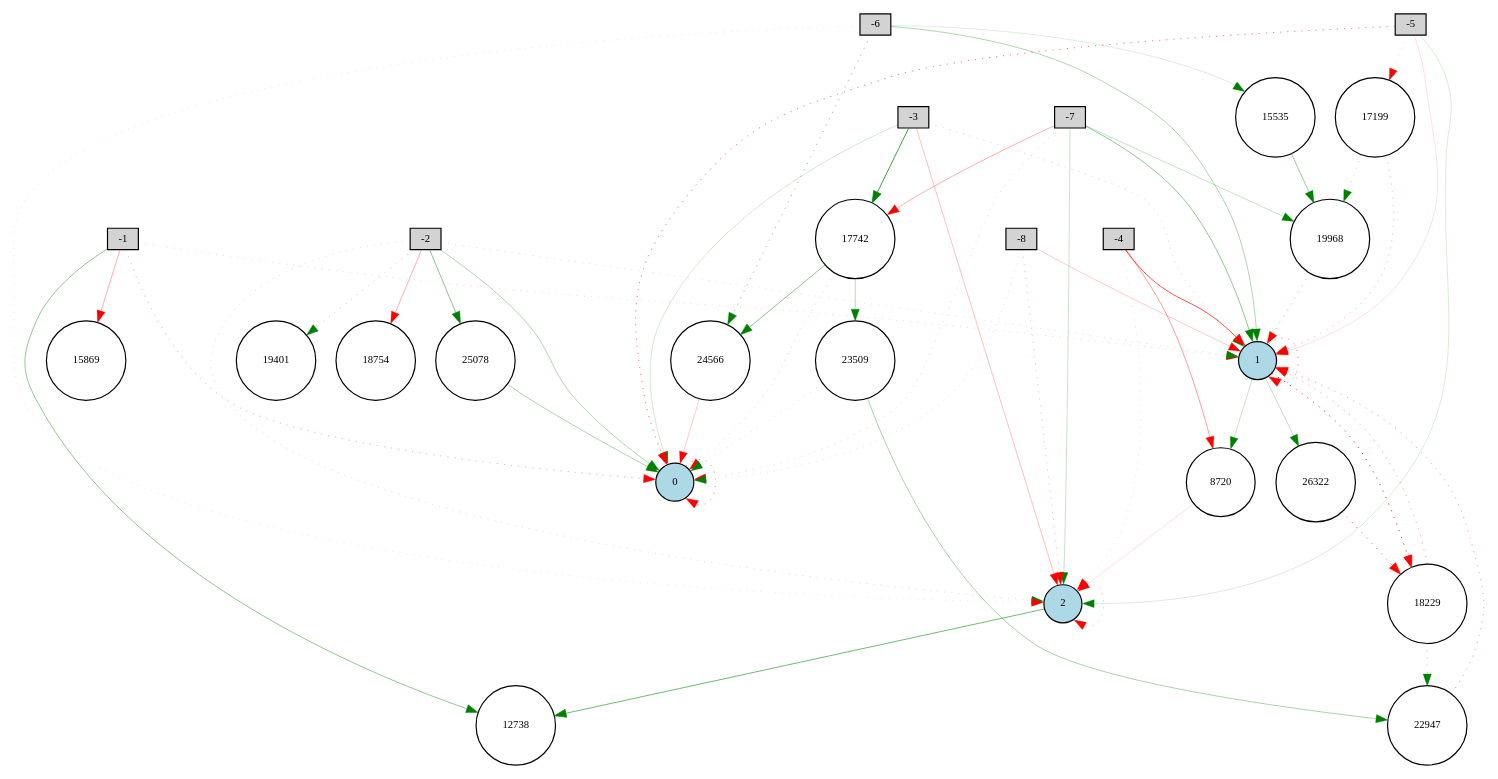
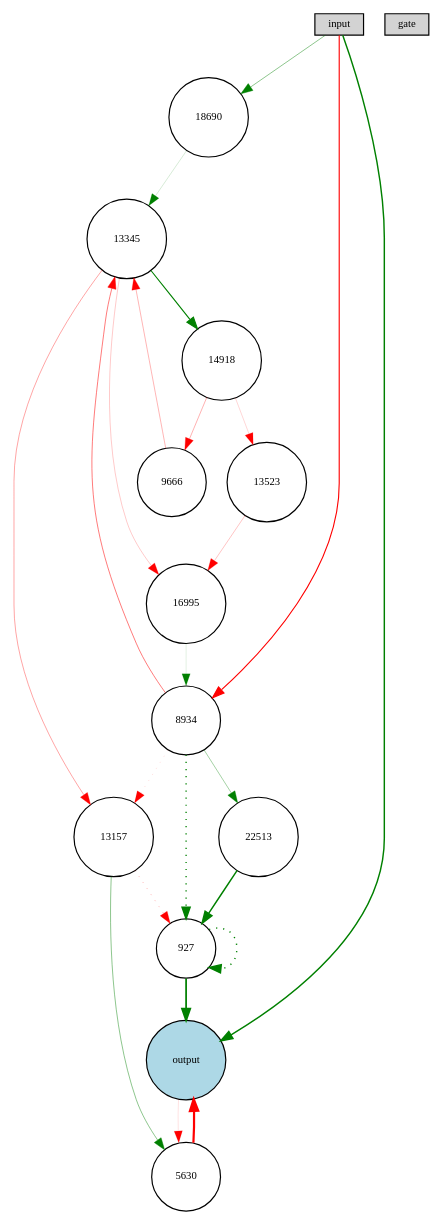
The diagram in Digraph.gv (Aayush499/Neat-Foraging), drawn with Graphviz before and after one commit. The commit also changed 42 other files, not shown here.

```diff
--- a/Digraph.gv
+++ b/Digraph.gv
@@ -1,85 +1,40 @@
 digraph {
 	node [fontsize=9 height=0.2 shape=circle width=0.2]
-	-1 [fillcolor=lightgray shape=box style=filled]
-	-2 [fillcolor=lightgray shape=box style=filled]
-	-3 [fillcolor=lightgray shape=box style=filled]
-	-4 [fillcolor=lightgray shape=box style=filled]
-	-5 [fillcolor=lightgray shape=box style=filled]
-	-6 [fillcolor=lightgray shape=box style=filled]
-	-7 [fillcolor=lightgray shape=box style=filled]
-	-8 [fillcolor=lightgray shape=box style=filled]
-	0 [fillcolor=lightblue style=filled]
-	1 [fillcolor=lightblue style=filled]
-	2 [fillcolor=lightblue style=filled]
-	12738 [fillcolor=white style=filled]
-	18754 [fillcolor=white style=filled]
-	19968 [fillcolor=white style=filled]
-	22947 [fillcolor=white style=filled]
-	19401 [fillcolor=white style=filled]
-	17742 [fillcolor=white style=filled]
-	15535 [fillcolor=white style=filled]
-	8720 [fillcolor=white style=filled]
-	17199 [fillcolor=white style=filled]
-	26322 [fillcolor=white style=filled]
-	18229 [fillcolor=white style=filled]
-	23509 [fillcolor=white style=filled]
-	24566 [fillcolor=white style=filled]
-	25078 [fillcolor=white style=filled]
-	15869 [fillcolor=white style=filled]
-	-1 -> 0 [color=red penwidth=0.30088139808822106 style=dotted]
-	-1 -> 1 [color=red penwidth=0.15373637800648077 style=dotted]
-	-2 -> 0 [color=green penwidth=0.2679136851138607 style=solid]
-	-2 -> 1 [color=green penwidth=0.14212860389267834 style=dotted]
-	-2 -> 2 [color=green penwidth=0.15311526486519084 style=dotted]
-	-3 -> 0 [color=green penwidth=0.1450061108347414 style=solid]
-	-3 -> 1 [color=green penwidth=0.1942468038279565 style=dotted]
-	-3 -> 2 [color=red penwidth=0.2200541422579228 style=solid]
-	-4 -> 1 [color=red penwidth=0.5894018770724748 style=solid]
-	-4 -> 2 [color=red penwidth=0.11706971828671683 style=dotted]
-	-5 -> 0 [color=red penwidth=0.4713061305156414 style=dotted]
-	-5 -> 1 [color=red penwidth=0.11305168735837304 style=solid]
-	-5 -> 2 [color=green penwidth=0.13235606955381563 style=solid]
-	-6 -> 1 [color=green penwidth=0.2734192011531585 style=solid]
-	-6 -> 2 [color=red penwidth=0.10081481142945455 style=dotted]
-	-7 -> 0 [color=red penwidth=0.1457601227411693 style=dotted]
-	-7 -> 1 [color=green penwidth=0.3747860662365402 style=solid]
-	-7 -> 2 [color=green penwidth=0.18504267467226038 style=solid]
-	-8 -> 0 [color=green penwidth=0.13315211885336384 style=dotted]
-	-8 -> 1 [color=red penwidth=0.17869563026380691 style=solid]
-	-8 -> 2 [color=red penwidth=0.23800547451772472 style=dotted]
-	0 -> 0 [color=red penwidth=0.3985583969195353 style=dotted]
-	1 -> 1 [color=red penwidth=0.44067168533802115 style=dotted]
-	2 -> 2 [color=red penwidth=0.2518670967745231 style=dotted]
-	-4 -> 8720 [color=red penwidth=0.3288244316410951 style=solid]
-	8720 -> 2 [color=red penwidth=0.11148452839699483 style=solid]
-	-1 -> 12738 [color=green penwidth=0.37068040322976237 style=solid]
-	2 -> 12738 [color=green penwidth=0.47284719793956786 style=solid]
-	-6 -> 15535 [color=green penwidth=0.1204173192586711 style=solid]
-	-1 -> 15869 [color=red penwidth=0.2817760948240109 style=solid]
-	-5 -> 17199 [color=red penwidth=0.11411208462649747 style=dotted]
-	17199 -> 1 [color=red penwidth=0.24924803177102148 style=dotted]
-	-3 -> 17742 [color=green penwidth=0.6257817335034372 style=solid]
-	1 -> 18229 [color=red penwidth=0.6980197014529868 style=dotted]
-	18229 -> 1 [color=red penwidth=0.33946844149500033 style=dotted]
-	-2 -> 18754 [color=red penwidth=0.27158920794146424 style=solid]
-	-2 -> 19401 [color=green penwidth=0.23596924799211058 style=dotted]
-	17742 -> 0 [color=red penwidth=0.17855958663815114 style=dotted]
-	-7 -> 19968 [color=green penwidth=0.19636121349076668 style=solid]
-	19968 -> 1 [color=red penwidth=0.3015092088275471 style=dotted]
-	-7 -> 17742 [color=red penwidth=0.2705470954877959 style=solid]
-	1 -> 8720 [color=green penwidth=0.1850185505176507 style=solid]
-	15535 -> 19968 [color=green penwidth=0.33604836291363427 style=solid]
-	18229 -> 22947 [color=green penwidth=0.28006237904712783 style=dotted]
-	22947 -> 1 [color=red penwidth=0.3529381586050646 style=dotted]
-	17742 -> 23509 [color=green penwidth=0.24577408556850303 style=solid]
-	23509 -> 0 [color=green penwidth=0.13221559157096247 style=dotted]
-	17199 -> 19968 [color=green penwidth=0.1893348152681483 style=dotted]
-	17742 -> 24566 [color=green penwidth=0.3774059073978918 style=solid]
-	24566 -> 0 [color=red penwidth=0.18040646516853986 style=solid]
-	-2 -> 25078 [color=green penwidth=0.387570682096947 style=solid]
-	25078 -> 0 [color=green penwidth=0.28133582602275176 style=solid]
-	23509 -> 22947 [color=green penwidth=0.28980592640499414 style=solid]
-	1 -> 26322 [color=green penwidth=0.2163543571291865 style=solid]
-	26322 -> 18229 [color=red penwidth=0.5521530208955389 style=dotted]
-	-6 -> 24566 [color=green penwidth=0.38726046517181634 style=dotted]
+	input [fillcolor=lightgray shape=box style=filled]
+	gate [fillcolor=lightgray shape=box style=filled]
+	output [fillcolor=lightblue style=filled]
+	13345 [fillcolor=white style=filled]
+	9666 [fillcolor=white style=filled]
+	16995 [fillcolor=white style=filled]
+	18690 [fillcolor=white style=filled]
+	13157 [fillcolor=white style=filled]
+	8934 [fillcolor=white style=filled]
+	14918 [fillcolor=white style=filled]
+	22513 [fillcolor=white style=filled]
+	13523 [fillcolor=white style=filled]
+	5630 [fillcolor=white style=filled]
+	927 [fillcolor=white style=filled]
+	input -> output [color=green penwidth=1.214373105458514 style=solid]
+	927 -> output [color=green penwidth=1.4671360309472081 style=solid]
+	output -> 5630 [color=red penwidth=0.10371878003547008 style=solid]
+	5630 -> output [color=red penwidth=1.8641078284276589 style=solid]
+	input -> 8934 [color=red penwidth=0.9413980982653044 style=solid]
+	8934 -> 927 [color=green penwidth=1.1071343478109652 style=dotted]
+	927 -> 927 [color=green penwidth=1.2244305429704945 style=dotted]
+	8934 -> 13157 [color=red penwidth=0.10790623458213593 style=dotted]
+	13157 -> 927 [color=red penwidth=0.2191615458629101 style=dotted]
+	8934 -> 13345 [color=red penwidth=0.43526490747588253 style=solid]
+	13345 -> 13157 [color=red penwidth=0.3032320093929769 style=solid]
+	14918 -> 13523 [color=red penwidth=0.14475635236984155 style=solid]
+	13345 -> 14918 [color=green penwidth=0.9371681298425381 style=solid]
+	16995 -> 8934 [color=green penwidth=0.10351683767795286 style=solid]
+	9666 -> 13345 [color=red penwidth=0.2491452000717556 style=solid]
+	input -> 18690 [color=green penwidth=0.38078283653698997 style=solid]
+	14918 -> 9666 [color=red penwidth=0.2621185559085977 style=solid]
+	13523 -> 16995 [color=red penwidth=0.2015521718146266 style=solid]
+	13345 -> 16995 [color=red penwidth=0.17558202927486052 style=solid]
+	13157 -> 5630 [color=green penwidth=0.3820607286541512 style=solid]
+	8934 -> 22513 [color=green penwidth=0.30000000000000004 style=solid]
+	22513 -> 927 [color=green penwidth=1.2085278597089526 style=solid]
+	18690 -> 13345 [color=green penwidth=0.14191409627472576 style=solid]
 }
```
